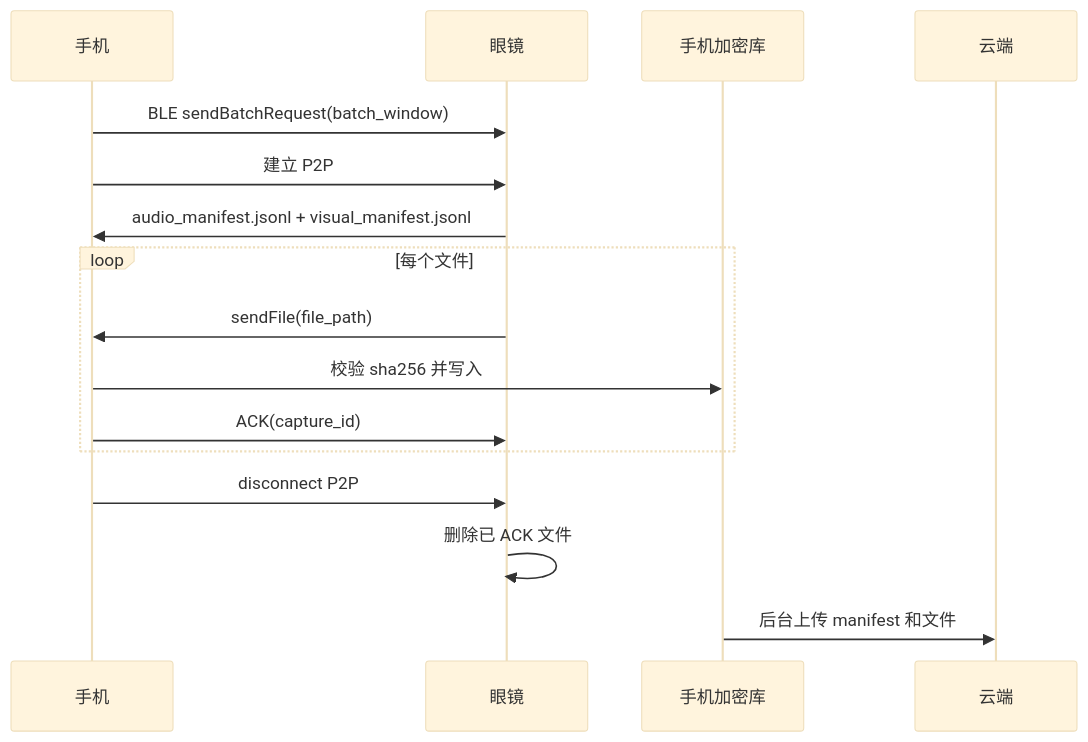
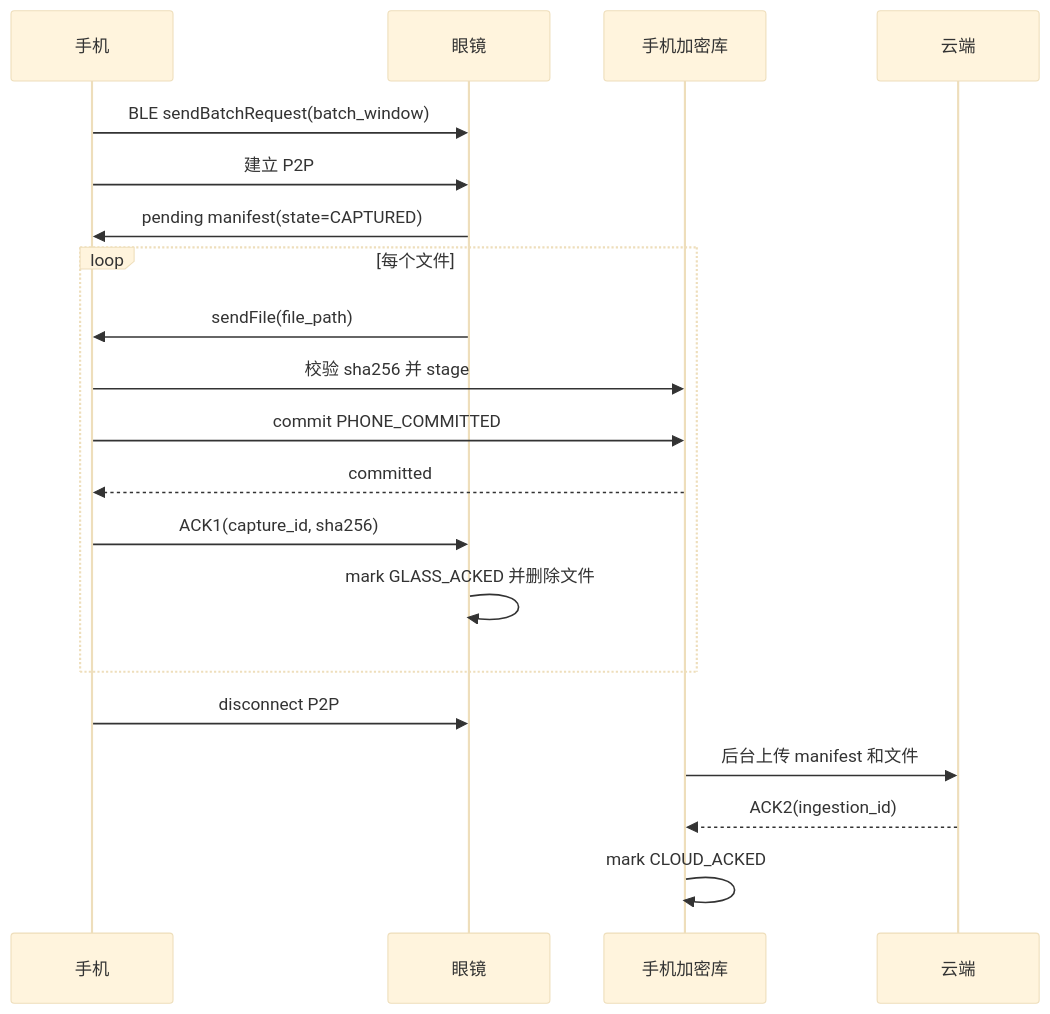
The fourth of 4 diagrams in software_architecture/confirm/minimal_text_capture_architecture.md (masonYau/glass_agent_planning), drawn with Mermaid (base theme) before and after one commit. The commit also changed other lines of this file and 2 other files, not shown here.

````diff
--- a/software_architecture/confirm/minimal_text_capture_architecture.md
+++ b/software_architecture/confirm/minimal_text_capture_architecture.md
@@ -298,19 +313,23 @@
 ```mermaid
 sequenceDiagram
   participant Phone as 手机
   participant Glass as 眼镜
   participant Store as 手机加密库
   participant Cloud as 云端
 
   Phone->>Glass: BLE sendBatchRequest(batch_window)
   Phone->>Glass: 建立 P2P
-  Glass->>Phone: audio_manifest.jsonl + visual_manifest.jsonl
+  Glass->>Phone: pending manifest(state=CAPTURED)
   loop 每个文件
     Glass->>Phone: sendFile(file_path)
-    Phone->>Store: 校验 sha256 并写入
-    Phone->>Glass: ACK(capture_id)
+    Phone->>Store: 校验 sha256 并 stage
+    Phone->>Store: commit PHONE_COMMITTED
+    Store-->>Phone: committed
+    Phone->>Glass: ACK1(capture_id, sha256)
+    Glass->>Glass: mark GLASS_ACKED 并删除文件
   end
   Phone->>Glass: disconnect P2P
-  Glass->>Glass: 删除已 ACK 文件
   Store->>Cloud: 后台上传 manifest 和文件
+  Cloud-->>Store: ACK2(ingestion_id)
+  Store->>Store: mark CLOUD_ACKED
 ```
````
